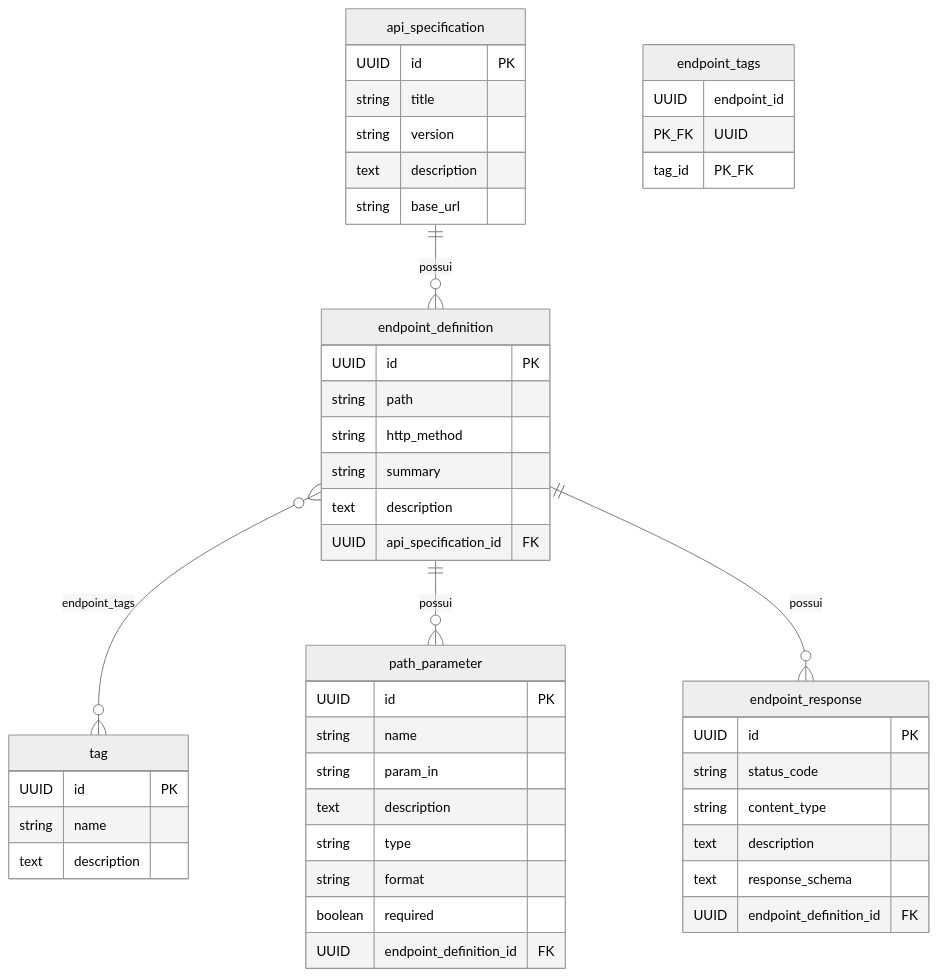
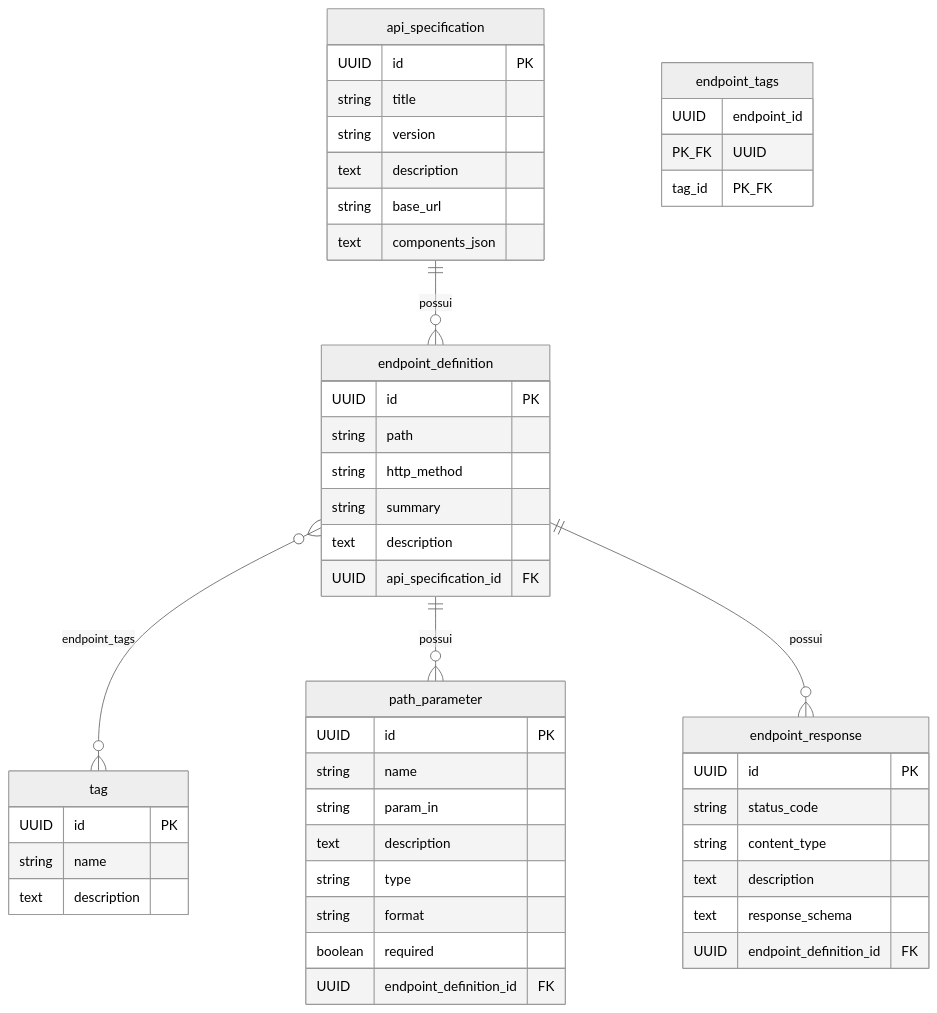
Before and after one commit to IA-para-DEVs-SCTEC-T2/mini-projeto-MockAi: the fourth of 4 diagrams in docs/architecture-diagram.md, drawn with Mermaid. The commit also changed other lines of this file and 8 other files, not shown here.

````diff
--- a/docs/architecture-diagram.md
+++ b/docs/architecture-diagram.md
@@ -237,60 +294,61 @@
 ```mermaid
 ---
 config:
   layout: dagre
   theme: neutral
 ---
 erDiagram
   api_specification {
-    UUID   id          PK
+    UUID   id              PK
     string title
     string version
     text   description
     string base_url
+    text   components_json
   }
 
   endpoint_definition {
     UUID   id                   PK
     string path
     string http_method
     string summary
     text   description
     UUID   api_specification_id FK
   }
 
   tag {
     UUID   id          PK
     string name
     text   description
   }
 
   endpoint_tags {
     UUID endpoint_id PK_FK
     UUID tag_id      PK_FK
   }
 
   path_parameter {
     UUID    id                     PK
     string  name
     string  param_in
     text    description
     string  type
     string  format
     boolean required
     UUID    endpoint_definition_id FK
   }
 
   endpoint_response {
     UUID   id                     PK
     string status_code
     string content_type
     text   description
     text   response_schema
     UUID   endpoint_definition_id FK
   }
 
   api_specification  ||--o{ endpoint_definition : "possui"
   endpoint_definition }o--o{ tag                : "endpoint_tags"
   endpoint_definition ||--o{ path_parameter     : "possui"
   endpoint_definition ||--o{ endpoint_response  : "possui"
 ```
````
